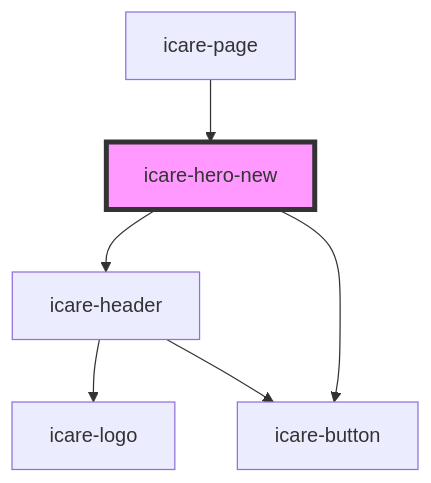
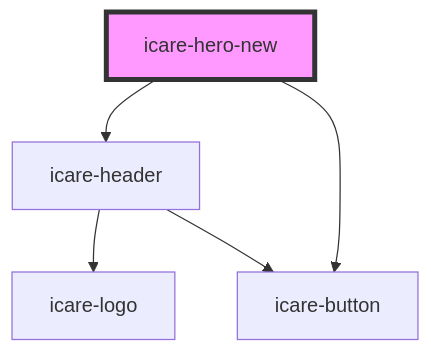
The diagram in src/components/icare-hero-new/readme.md (ajkirwan1/icare-components), drawn with Mermaid before and after one commit. The commit also changed other lines of this file and 22 other files, not shown here.

````diff
--- a/src/components/icare-hero-new/readme.md
+++ b/src/components/icare-hero-new/readme.md
@@ -28,9 +24,8 @@
 ```mermaid
 graph TD;
   icare-hero-new --> icare-header
   icare-hero-new --> icare-button
   icare-header --> icare-logo
   icare-header --> icare-button
-  icare-page --> icare-hero-new
   style icare-hero-new fill:#f9f,stroke:#333,stroke-width:4px
 ```
````
